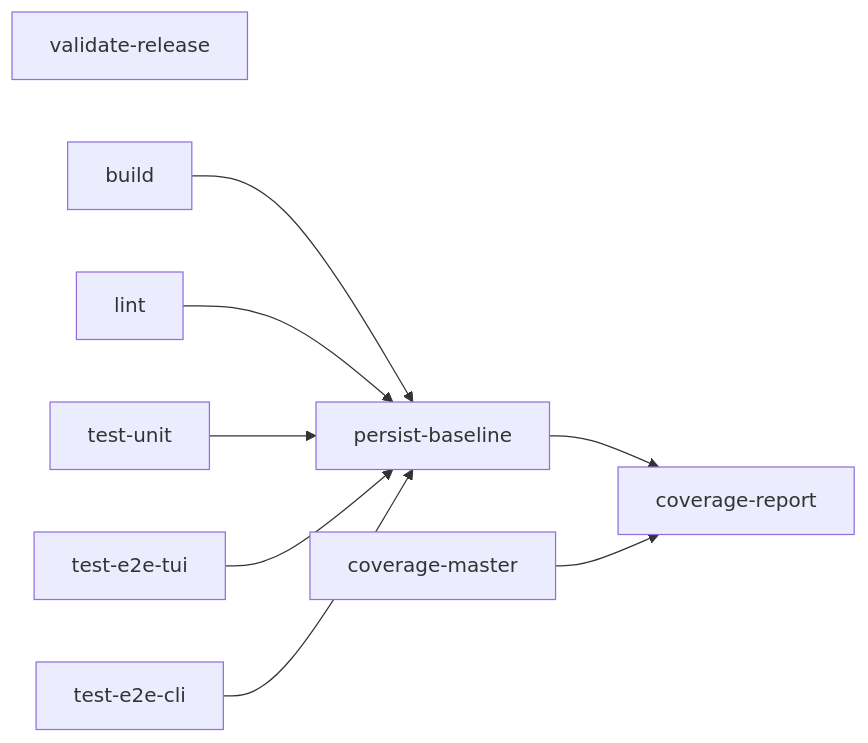
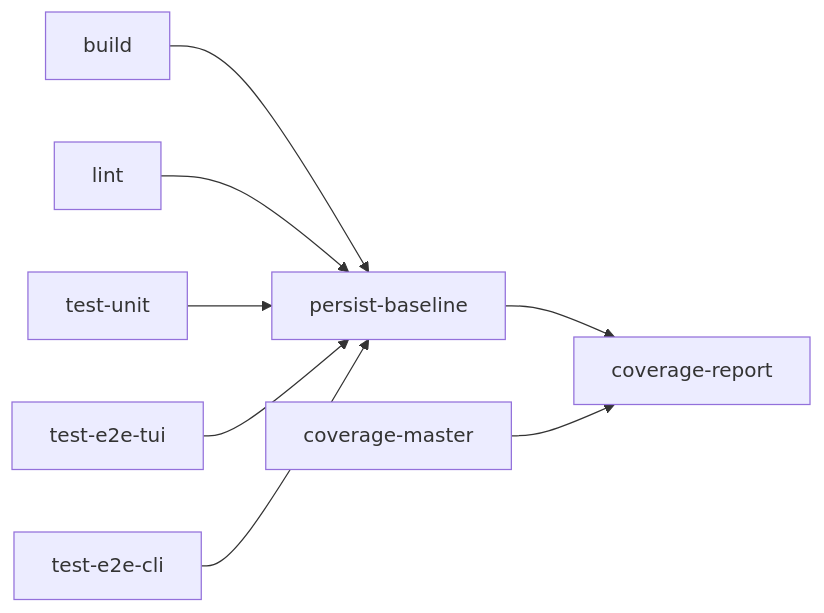
One commit to crazy-vedic/Quark changed the diagram in .agents/ci-and-release.md. Above: the diagram before and after it, drawn with Mermaid. The commit also changed other lines of this file and 2 other files, not shown here.

Commit message:
Split release validation out of CI so PR edits don't cancel builds.

````diff
--- a/.agents/ci-and-release.md
+++ b/.agents/ci-and-release.md
@@ -13,19 +13,18 @@
 ```mermaid
 flowchart LR
-  validateRelease[validate-release]
   build[build]
   lint[lint]
   testUnit[test-unit]
   testE2eTui[test-e2e-tui]
   testE2eCli[test-e2e-cli]
   persistBaseline[persist-baseline]
   coverageMaster[coverage-master]
   coverageReport[coverage-report]
   build --> persistBaseline
   lint --> persistBaseline
   testUnit --> persistBaseline
   testE2eTui --> persistBaseline
   testE2eCli --> persistBaseline
   persistBaseline --> coverageReport
   coverageMaster --> coverageReport
 ```
````
